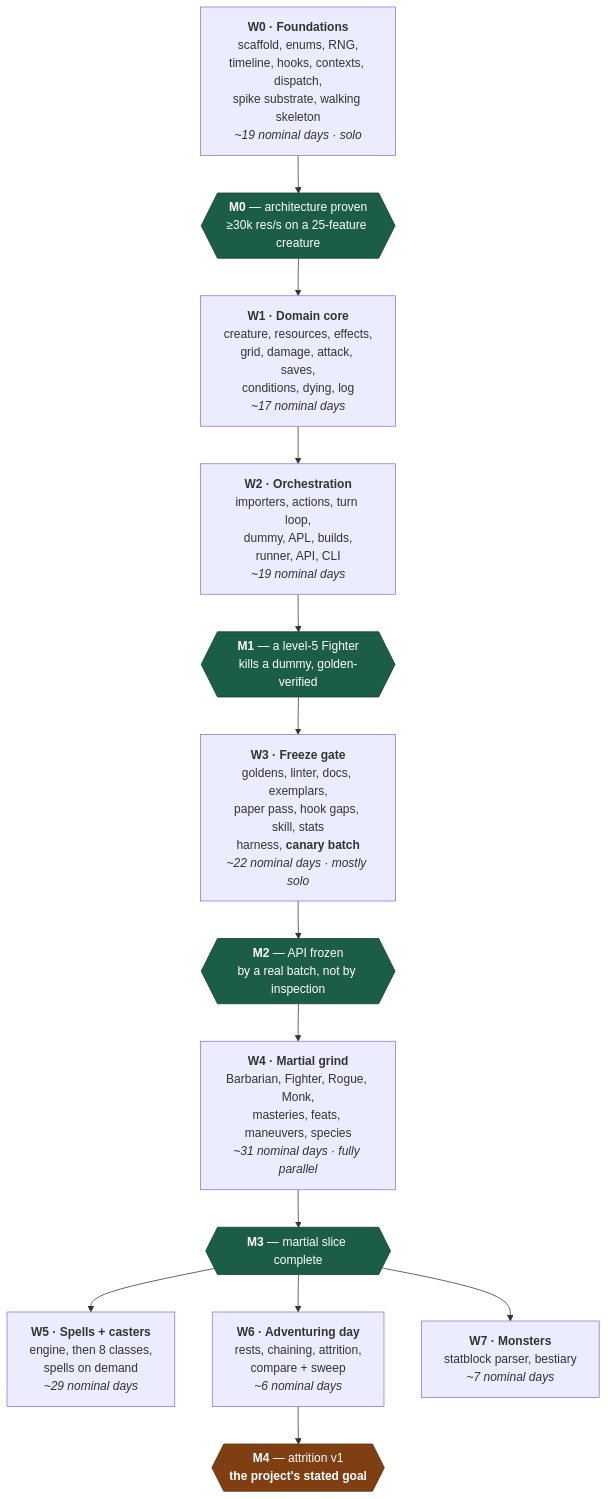
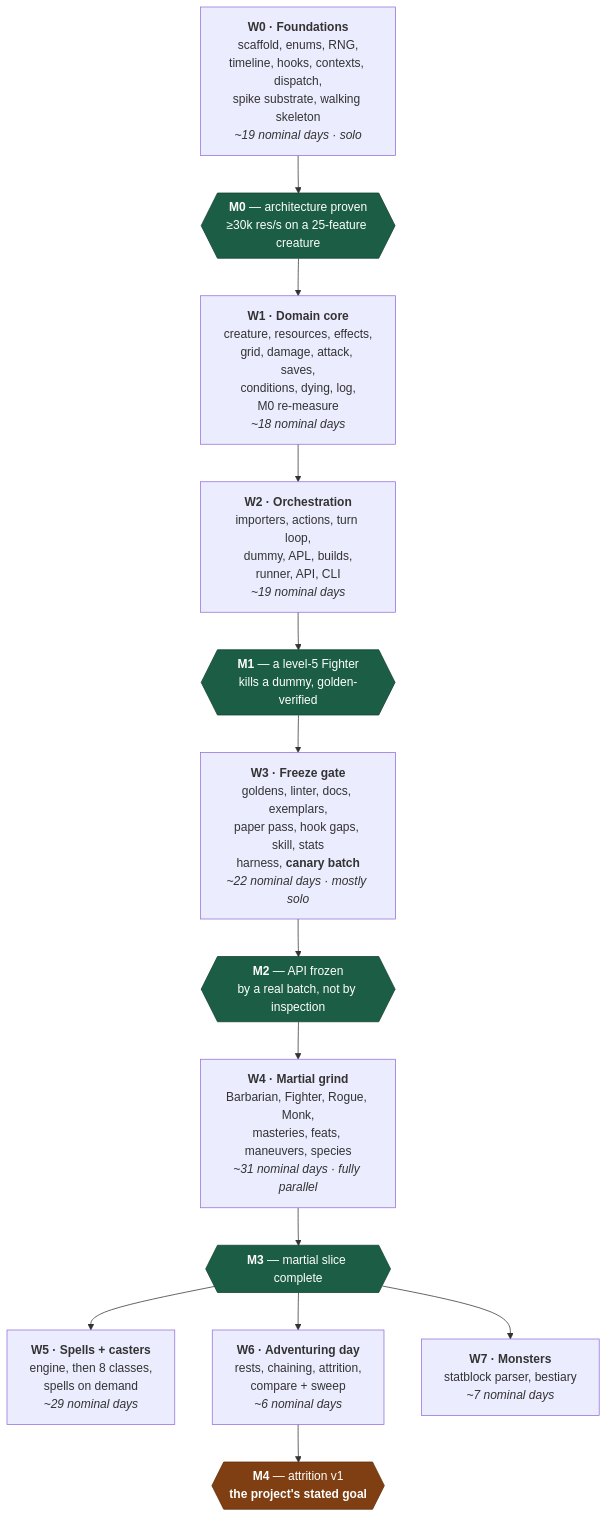
Before and after one commit to Luguza/DnD-Simulator: the diagram in ROADMAP.md, drawn with Mermaid. The commit also changed other lines of this file and 4 other files, not shown here.

````diff
--- a/ROADMAP.md
+++ b/ROADMAP.md
@@ -64,26 +75,26 @@
 ```mermaid
 flowchart TD
     W0["<b>W0 · Foundations</b><br/>scaffold, enums, RNG,<br/>timeline, hooks, contexts, dispatch,<br/>spike substrate, walking skeleton<br/><i>~19 nominal days · solo</i>"]
     M0{{"<b>M0</b> — architecture proven<br/>≥30k res/s on a 25-feature creature"}}
-    W1["<b>W1 · Domain core</b><br/>creature, resources, effects,<br/>grid, damage, attack, saves,<br/>conditions, dying, log<br/><i>~17 nominal days</i>"]
+    W1["<b>W1 · Domain core</b><br/>creature, resources, effects,<br/>grid, damage, attack, saves,<br/>conditions, dying, log,<br/>M0 re-measure<br/><i>~18 nominal days</i>"]
     W2["<b>W2 · Orchestration</b><br/>importers, actions, turn loop,<br/>dummy, APL, builds,<br/>runner, API, CLI<br/><i>~19 nominal days</i>"]
     M1{{"<b>M1</b> — a level-5 Fighter<br/>kills a dummy, golden-verified"}}
     W3["<b>W3 · Freeze gate</b><br/>goldens, linter, docs, exemplars,<br/>paper pass, hook gaps, skill, stats<br/>harness, <b>canary batch</b><br/><i>~22 nominal days · mostly solo</i>"]
     M2{{"<b>M2</b> — API frozen<br/>by a real batch, not by inspection"}}
     W4["<b>W4 · Martial grind</b><br/>Barbarian, Fighter, Rogue, Monk,<br/>masteries, feats, maneuvers, species<br/><i>~31 nominal days · fully parallel</i>"]
     M3{{"<b>M3</b> — martial slice complete"}}
     W5["<b>W5 · Spells + casters</b><br/>engine, then 8 classes,<br/>spells on demand<br/><i>~29 nominal days</i>"]
     W6["<b>W6 · Adventuring day</b><br/>rests, chaining, attrition,<br/>compare + sweep<br/><i>~6 nominal days</i>"]
     M4{{"<b>M4</b> — attrition v1<br/><b>the project's stated goal</b>"}}
     W7["<b>W7 · Monsters</b><br/>statblock parser, bestiary<br/><i>~7 nominal days</i>"]
 
     W0 --> M0 --> W1 --> W2 --> M1 --> W3 --> M2 --> W4 --> M3
     M3 --> W5
     M3 --> W6 --> M4
     M3 --> W7
 
     classDef gate fill:#1b5e45,stroke:#123f2f,color:#ffffff;
     classDef goal fill:#7f3f12,stroke:#5c2d0d,color:#ffffff;
     class M0,M1,M2,M3 gate;
     class M4 goal;
 ```
````
